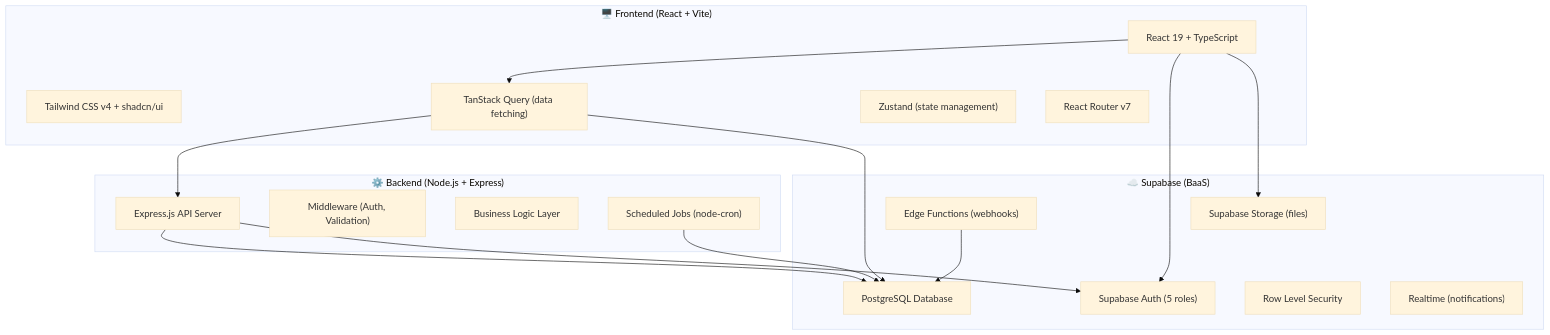
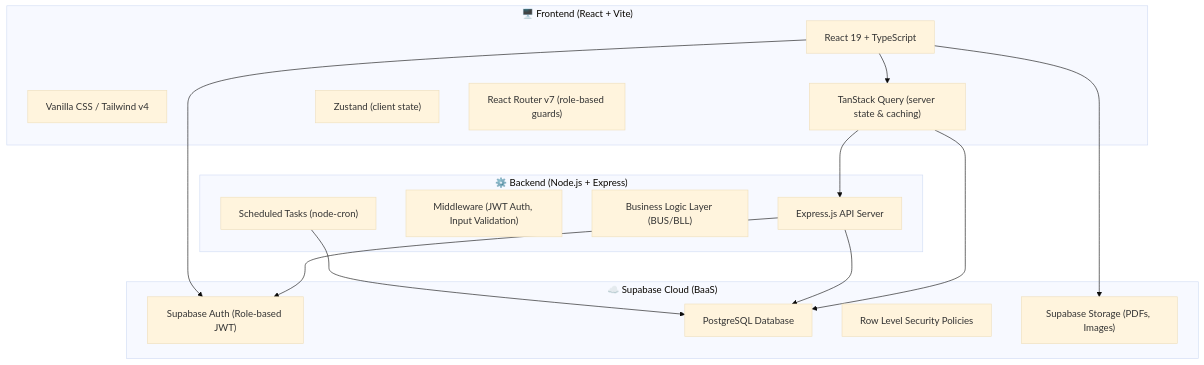
One commit to liberosis121/Homestay-Dorm changed the diagram in README.md. Above: the diagram before and after it, drawn with Mermaid (base theme). The commit also changed other lines of this file and 2 other files, not shown here.

Commit message:
feat: update .gitignore to include package-lock.json and Supabase temp directory; enhance README with project details and team information; add use case diagram image

````diff
--- a/README.md
+++ b/README.md
@@ -29,36 +32,33 @@
 ```mermaid
 flowchart TB
     subgraph Client ["🖥️ Frontend (React + Vite)"]
         UI["React 19 + TypeScript"]
-        TW["Tailwind CSS v4 + shadcn/ui"]
-        RQ["TanStack Query (data fetching)"]
-        ZD["Zustand (state management)"]
-        RR["React Router v7"]
+        TW["Vanilla CSS / Tailwind v4"]
+        RQ["TanStack Query (server state & caching)"]
+        ZD["Zustand (client state)"]
+        RR["React Router v7 (role-based guards)"]
     end
 
     subgraph API ["⚙️ Backend (Node.js + Express)"]
         EX["Express.js API Server"]
-        MW["Middleware (Auth, Validation)"]
-        BL["Business Logic Layer"]
-        SC["Scheduled Jobs (node-cron)"]
+        MW["Middleware (JWT Auth, Input Validation)"]
+        BL["Business Logic Layer (BUS/BLL)"]
+        SC["Scheduled Tasks (node-cron)"]
     end
 
-    subgraph Supabase ["☁️ Supabase (BaaS)"]
-        AU["Supabase Auth (5 roles)"]
+    subgraph Supabase ["☁️ Supabase Cloud (BaaS)"]
+        AU["Supabase Auth (Role-based JWT)"]
         DB["PostgreSQL Database"]
-        RLS["Row Level Security"]
-        ST["Supabase Storage (files)"]
-        EF["Edge Functions (webhooks)"]
-        RT["Realtime (notifications)"]
+        RLS["Row Level Security Policies"]
+        ST["Supabase Storage (PDFs, Images)"]
     end
 
     UI --> RQ
     RQ --> EX
     RQ --> DB
     EX --> DB
     EX --> AU
     SC --> DB
     UI --> AU
     UI --> ST
-    EF --> DB
 ```
````
